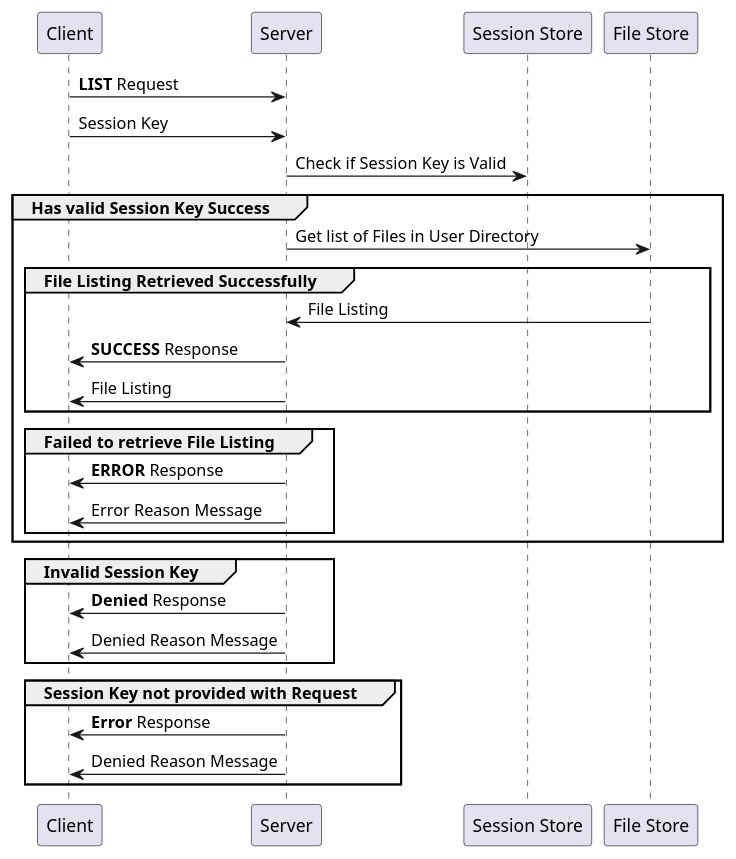
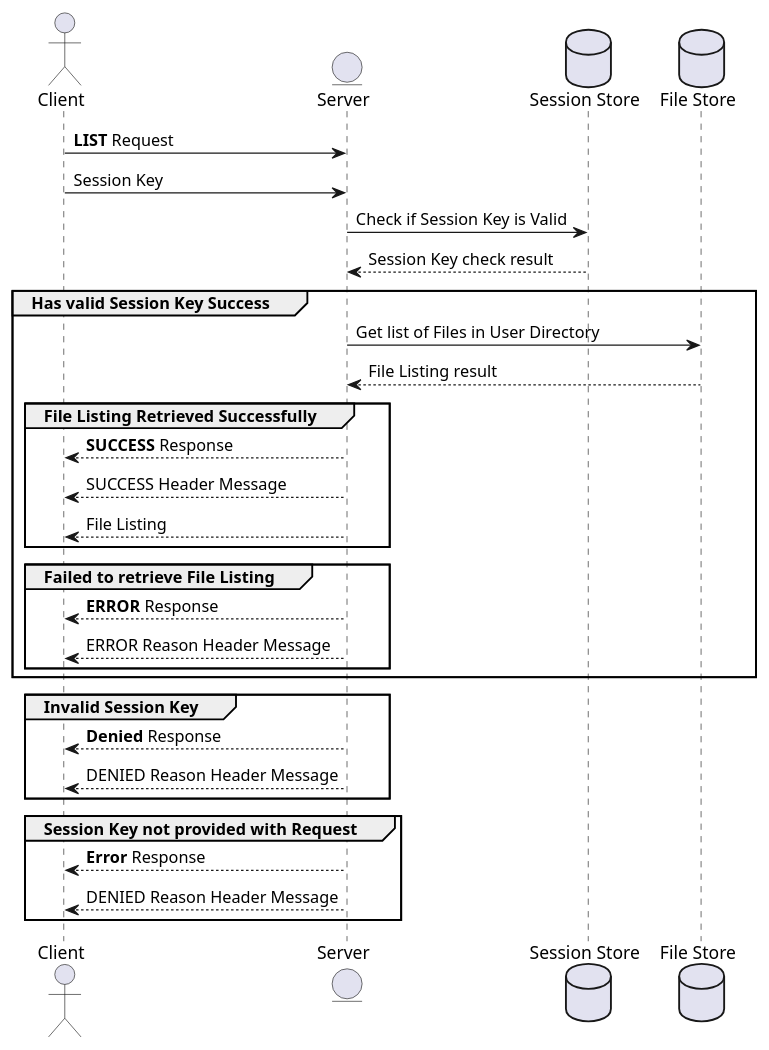
The diagram in diagrams/list_sequence.puml (mdgriffin/distributed-computing-project), drawn with PlantUML before and after one commit. The commit also changed 4 other files, not shown here.

Commit message:
Improved sequence diagrams, added entities

```diff
--- a/diagrams/list_sequence.puml
+++ b/diagrams/list_sequence.puml
@@ -1,30 +1,37 @@
 @startuml
+actor Client
+entity Server
+Database "Session Store"
+Database "File Store"
+
 Client -> Server: **LIST** Request
 Client -> Server: Session Key
 Server -> "Session Store": Check if Session Key is Valid
+"Session Store" --> Server: Session Key check result
 
 group Has valid Session Key Success
     Server -> "File Store": Get list of Files in User Directory
+    "File Store" --> Server: File Listing result
 
     group File Listing Retrieved Successfully
-        "File Store" -> Server: File Listing
-        Server -> Client: **SUCCESS** Response
-        Server -> Client: File Listing
+        Server --> Client: **SUCCESS** Response
+        Server --> Client: SUCCESS Header Message
+        Server --> Client: File Listing
     end
 
     group Failed to retrieve File Listing
-        Server -> Client: **ERROR** Response
-        Server -> Client: Error Reason Message
+        Server --> Client: **ERROR** Response
+        Server --> Client: ERROR Reason Header Message
     end
 end
 
 group Invalid Session Key
-    Server -> Client: **Denied** Response
-    Server -> Client: Denied Reason Message
+    Server --> Client: **Denied** Response
+    Server --> Client: DENIED Reason Header Message
 end
 
 group Session Key not provided with Request
-    Server -> Client: **Error** Response
-    Server -> Client: Denied Reason Message
+    Server --> Client: **Error** Response
+    Server --> Client: DENIED Reason Header Message
 end
 @enduml
```
